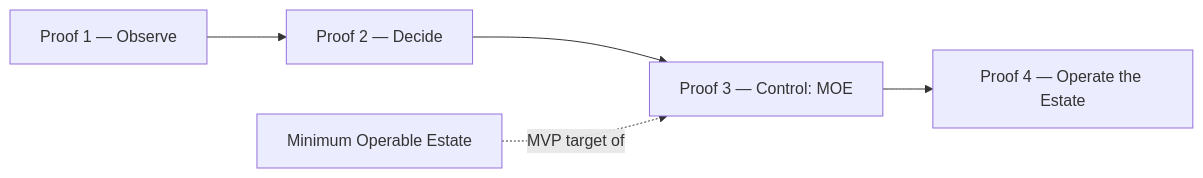
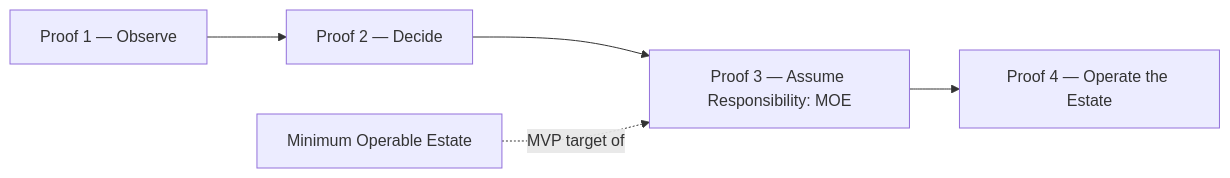
Before and after one commit to eak-mentraAI/rxt_rackai_wiki: the diagram in 00-hub/Minimum Operable Estate.md, drawn with Mermaid. The commit also changed other lines of this file and 63 other files, not shown here.

First line of the commit message:
Add KPI telemetry target list, metric job lens, roadmap release map, and reference docs

````diff
--- a/00-hub/Minimum Operable Estate.md
+++ b/00-hub/Minimum Operable Estate.md
@@ -74,7 +74,7 @@
 ```mermaid
 flowchart LR
     P1[Proof 1 — Observe] --> P2[Proof 2 — Decide]
-    P2 --> P3[Proof 3 — Control: MOE]
+    P2 --> P3[Proof 3 — Assume Responsibility: MOE]
     P3 --> P4[Proof 4 — Operate the Estate]
     MOE[Minimum Operable Estate] -.MVP target of.-> P3
 ```
````
